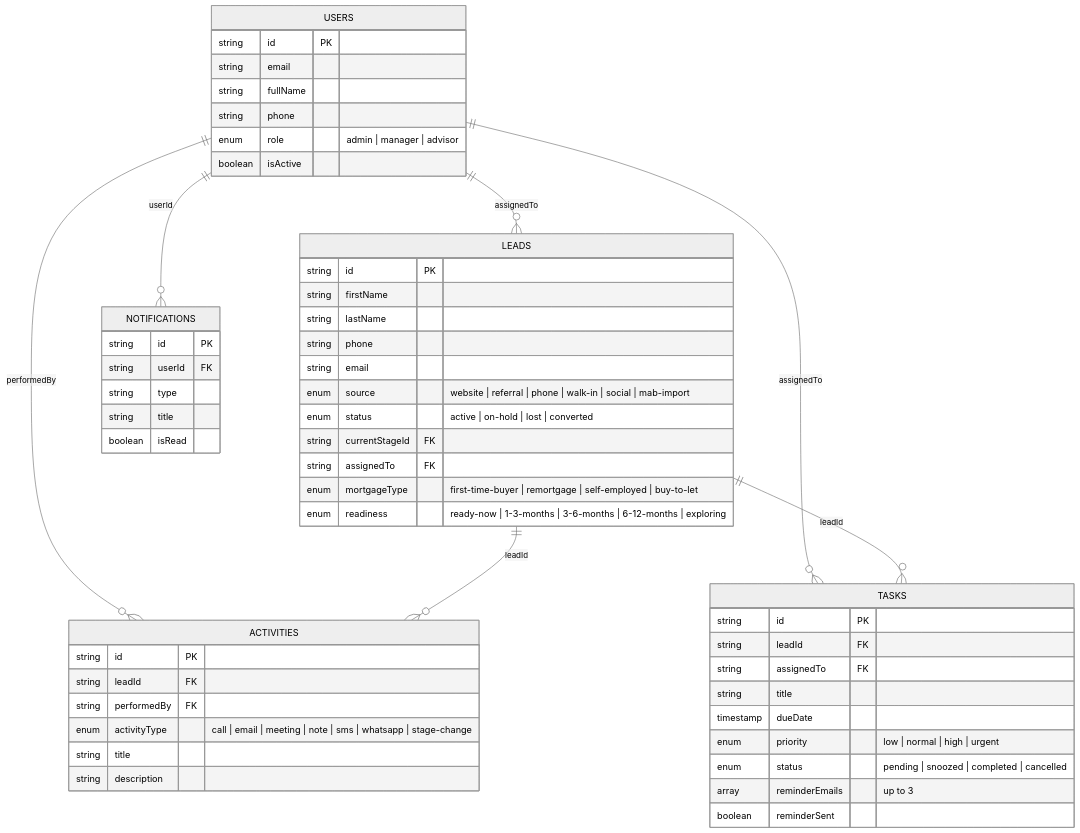
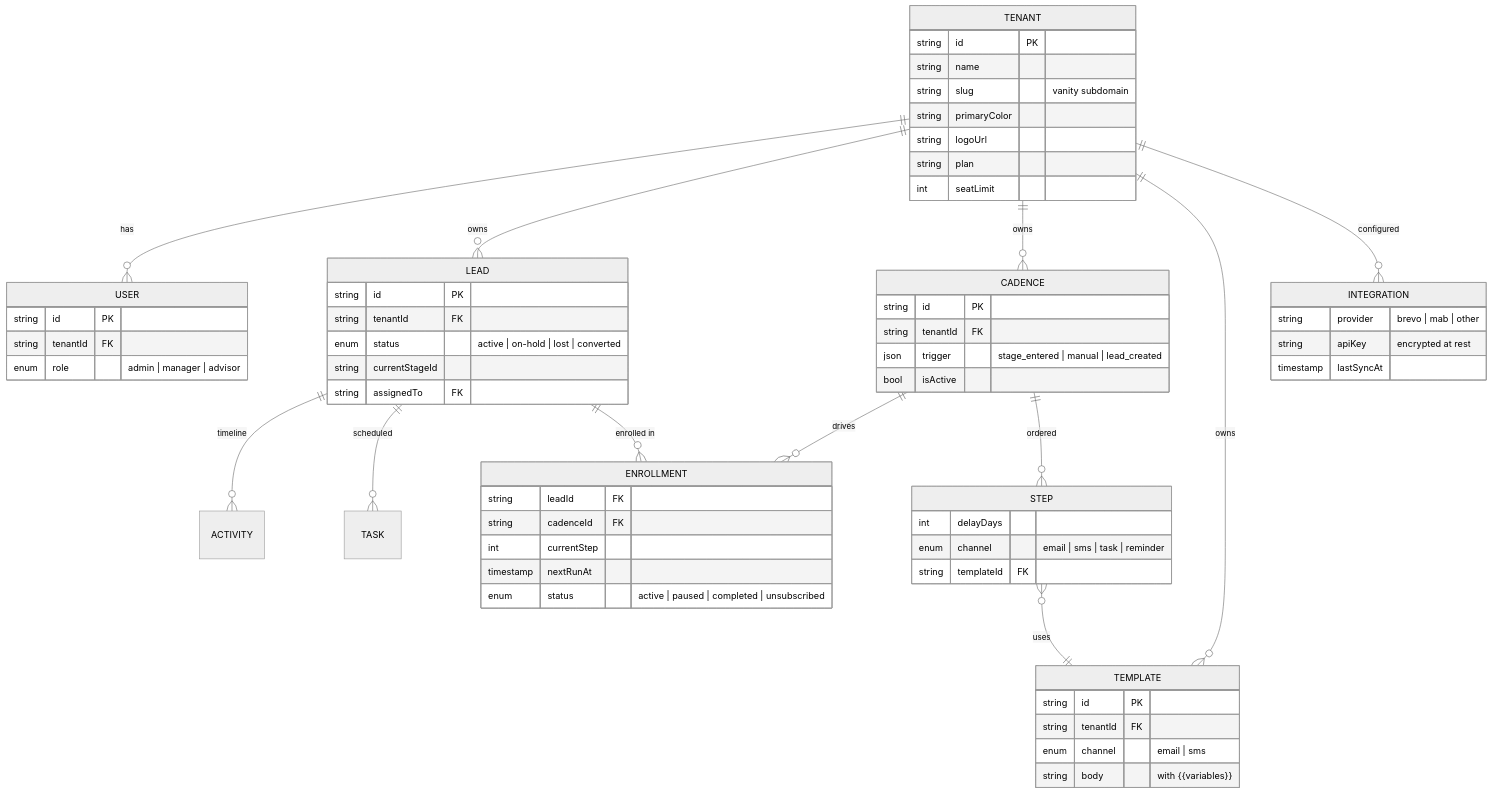
One commit to vinay-lgtm-code/mallard_connect changed the third of 3 diagrams in README.md. Above: the diagram before and after it, drawn with Mermaid (neutral theme). The commit also changed other lines of this file and 106 other files, not shown here.

Commit message:
Rebrand to Sequence: multi-tenant + nurture engine + demo sandbox

````diff
--- a/README.md
+++ b/README.md
@@ -331,61 +171,72 @@
 ```mermaid
 erDiagram
-    USERS ||--o{ LEADS : "assignedTo"
-    USERS ||--o{ TASKS : "assignedTo"
-    USERS ||--o{ ACTIVITIES : "performedBy"
-    USERS ||--o{ NOTIFICATIONS : "userId"
-    LEADS ||--o{ ACTIVITIES : "leadId"
-    LEADS ||--o{ TASKS : "leadId"
+    TENANT ||--o{ USER : "has"
+    TENANT ||--o{ LEAD : "owns"
+    TENANT ||--o{ CADENCE : "owns"
+    TENANT ||--o{ TEMPLATE : "owns"
+    TENANT ||--o{ INTEGRATION : "configured"
+    LEAD ||--o{ ACTIVITY : "timeline"
+    LEAD ||--o{ TASK : "scheduled"
+    LEAD ||--o{ ENROLLMENT : "enrolled in"
+    CADENCE ||--o{ ENROLLMENT : "drives"
+    CADENCE ||--o{ STEP : "ordered"
+    STEP }o--|| TEMPLATE : "uses"
 
-    USERS {
+    TENANT {
         string id PK
-        string email
-        string fullName
-        string phone
-        enum role "admin | manager | advisor"
-        boolean isActive
+        string name
+        string slug "vanity subdomain"
+        string primaryColor
+        string logoUrl
+        string plan
+        int seatLimit
     }
 
-    LEADS {
+    USER {
         string id PK
-        string firstName
-        string lastName
-        string phone
-        string email
-        enum source "website | referral | phone | walk-in | social | mab-import"
-        enum status "active | on-hold | lost | converted"
-        string currentStageId FK
-        string assignedTo FK
-        enum mortgageType "first-time-buyer | remortgage | self-employed | buy-to-let"
-        enum readiness "ready-now | 1-3-months | 3-6-months | 6-12-months | exploring"
+        string tenantId FK
+        enum role "admin | manager | advisor"
     }
 
-    TASKS {
+    LEAD {
         string id PK
-        string leadId FK
+        string tenantId FK
+        enum status "active | on-hold | lost | converted"
+        string currentStageId
         string assignedTo FK
-        string title
-        timestamp dueDate
-        enum priority "low | normal | high | urgent"
-        enum status "pending | snoozed | completed | cancelled"
-        array reminderEmails "up to 3"
-        boolean reminderSent
     }
 
-    ACTIVITIES {
+    CADENCE {
         string id PK
-        string leadId FK
-        string performedBy FK
-        enum activityType "call | email | meeting | note | sms | whatsapp | stage-change"
-        string title
-        string description
+        string tenantId FK
+        json trigger "stage_entered | manual | lead_created"
+        bool isActive
     }
 
-    NOTIFICATIONS {
+    STEP {
+        int delayDays
+        enum channel "email | sms | task | reminder"
+        string templateId FK
+    }
+
+    ENROLLMENT {
+        string leadId FK
+        string cadenceId FK
+        int currentStep
+        timestamp nextRunAt
+        enum status "active | paused | completed | unsubscribed"
+    }
+
+    TEMPLATE {
         string id PK
-        string userId FK
-        string type
-        string title
-        boolean isRead
+        string tenantId FK
+        enum channel "email | sms"
+        string body "with {{variables}}"
+    }
+
+    INTEGRATION {
+        string provider "brevo | mab | other"
+        string apiKey "encrypted at rest"
+        timestamp lastSyncAt
     }
 ```
````
